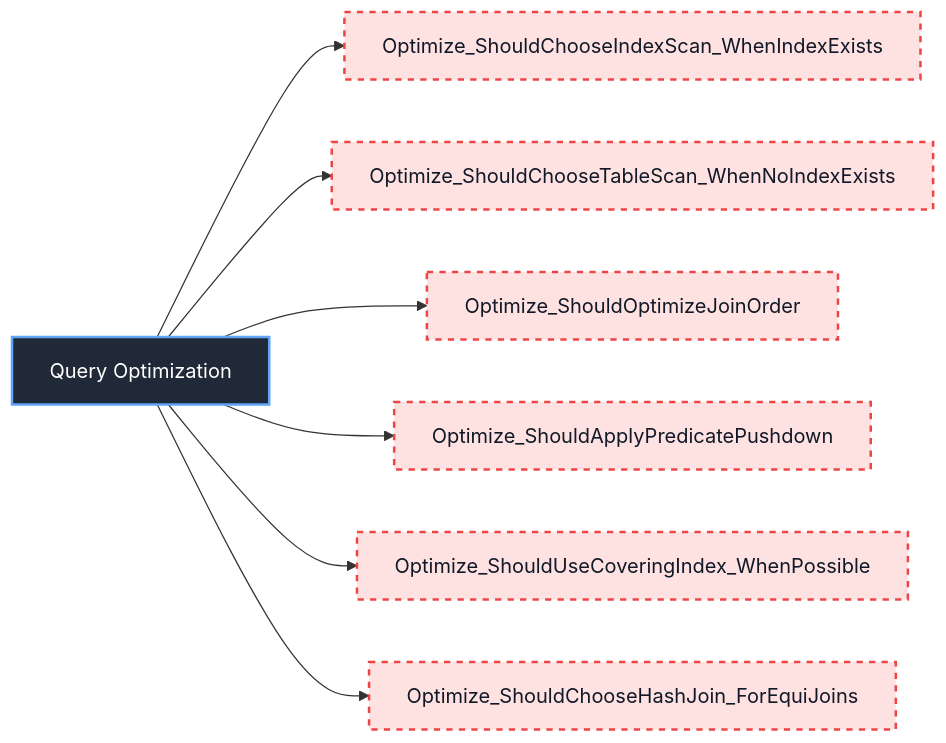
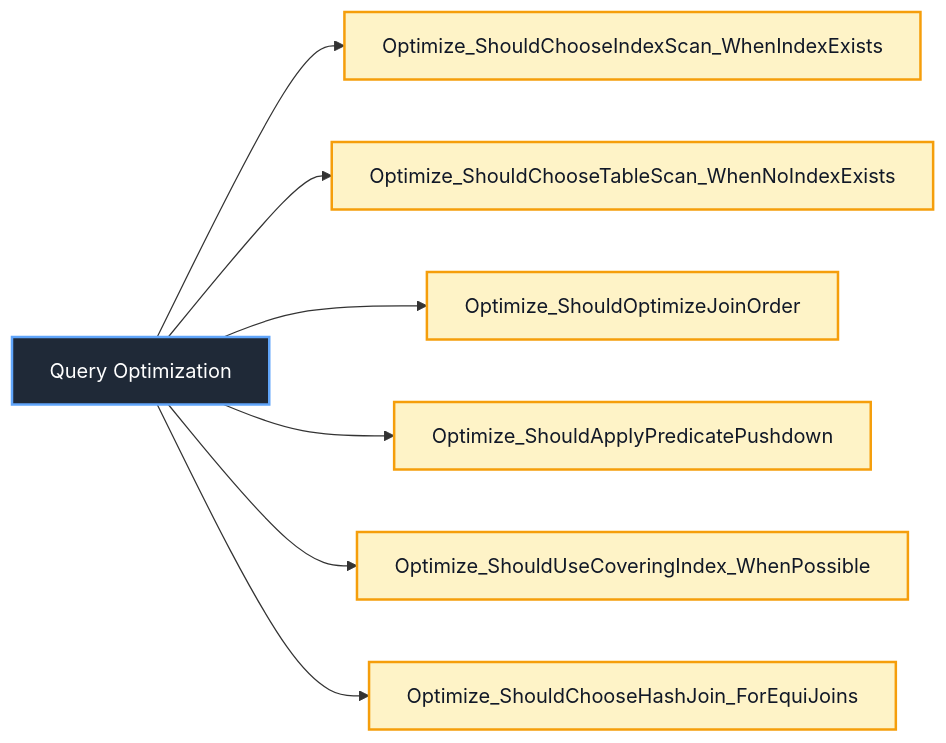
Before and after one commit to Hagiakhanh/bbv-dbms: diagram 40 of 53 in docs/sequence-diagrams/README.md, drawn with Mermaid. The commit also changed other lines of this file and 30 other files, not shown here.

````diff
--- a/docs/sequence-diagrams/README.md
+++ b/docs/sequence-diagrams/README.md
@@ -1555,18 +1556,18 @@
 ```mermaid
 flowchart LR
     ClassNode["Query Optimization"]
 
     ClassNode --> Query_Optimization_1["Optimize_ShouldChooseIndexScan_WhenIndexExists"]
     ClassNode --> Query_Optimization_2["Optimize_ShouldChooseTableScan_WhenNoIndexExists"]
     ClassNode --> Query_Optimization_3["Optimize_ShouldOptimizeJoinOrder"]
     ClassNode --> Query_Optimization_4["Optimize_ShouldApplyPredicatePushdown"]
     ClassNode --> Query_Optimization_5["Optimize_ShouldUseCoveringIndex_WhenPossible"]
     ClassNode --> Query_Optimization_6["Optimize_ShouldChooseHashJoin_ForEquiJoins"]
 
     classDef classNode fill:#1f2937,stroke:#60a5fa,color:#ffffff,stroke-width:2px
     classDef completedTest fill:#dcfce7,stroke:#22c55e,color:#111827,stroke-width:2px
-    classDef missingTest fill:#fee2e2,stroke:#ef4444,color:#111827,stroke-width:2px,stroke-dasharray:5 5
+    classDef redPhaseTest fill:#fef3c7,stroke:#f59e0b,color:#111827,stroke-width:2px
 
     class ClassNode classNode
-    class Query_Optimization_1,Query_Optimization_2,Query_Optimization_3,Query_Optimization_4,Query_Optimization_5,Query_Optimization_6 missingTest
+    class Query_Optimization_1,Query_Optimization_2,Query_Optimization_3,Query_Optimization_4,Query_Optimization_5,Query_Optimization_6 redPhaseTest
 ```
````
